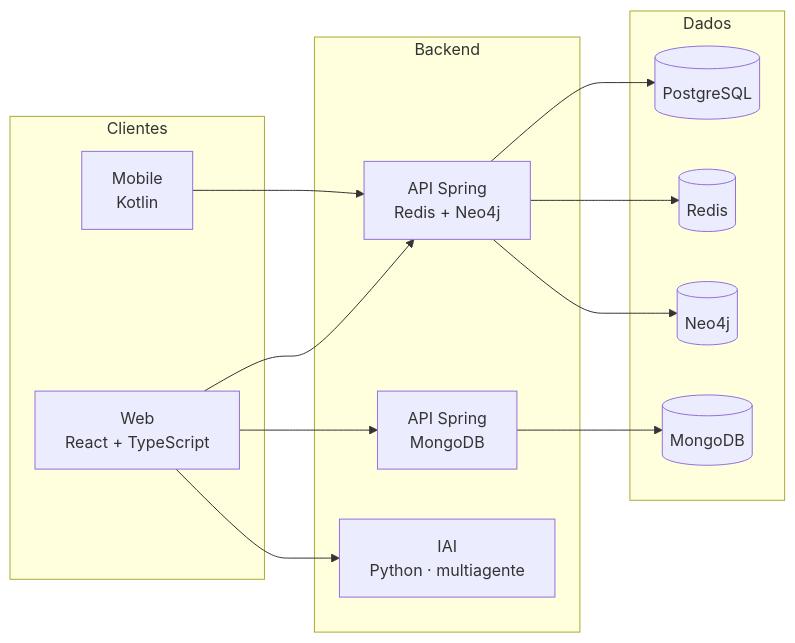
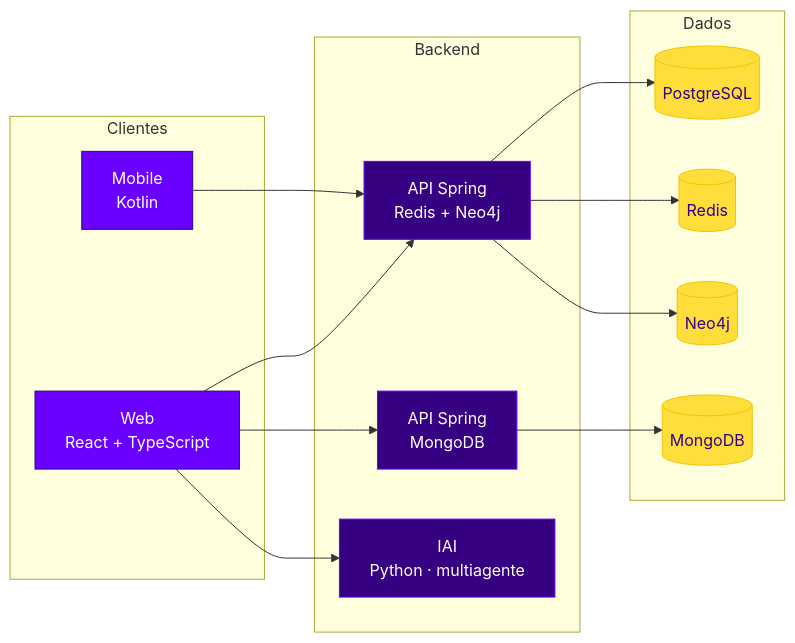
The diagram in profile/README.md (InventraTech/.github), drawn with Mermaid before and after one commit. The commit also changed other lines of this file and 3 other files, not shown here.

````diff
--- a/profile/README.md
+++ b/profile/README.md
@@ -86,29 +97,36 @@
 ```mermaid
 flowchart LR
     subgraph Clientes
         WEB["Web<br/>React + TypeScript"]
         MOB["Mobile<br/>Kotlin"]
     end
 
     subgraph Backend
         API["API Spring<br/>Redis + Neo4j"]
         MAPI["API Spring<br/>MongoDB"]
         IA["IAI<br/>Python · multiagente"]
     end
 
     subgraph Dados
         PG[("PostgreSQL")]
         RD[("Redis")]
         NJ[("Neo4j")]
         MG[("MongoDB")]
     end
 
     WEB --> API
     MOB --> API
     WEB --> MAPI
     WEB --> IA
     API --> PG
     API --> RD
     API --> NJ
     MAPI --> MG
+
+    classDef cliente fill:#6A00FF,stroke:#360082,color:#ffffff
+    classDef servico fill:#360082,stroke:#6A00FF,color:#ffffff
+    classDef dado fill:#FFDE3B,stroke:#ECC506,color:#360082
+    class WEB,MOB cliente
+    class API,MAPI,IA servico
+    class PG,RD,NJ,MG dado
 ```
````
